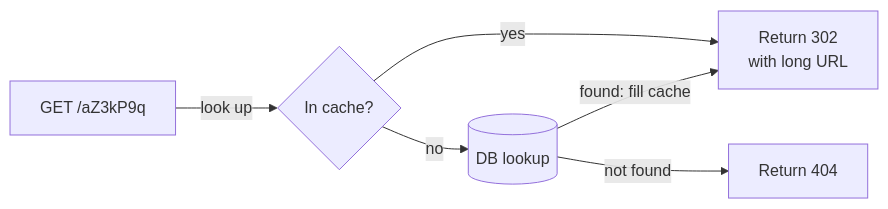
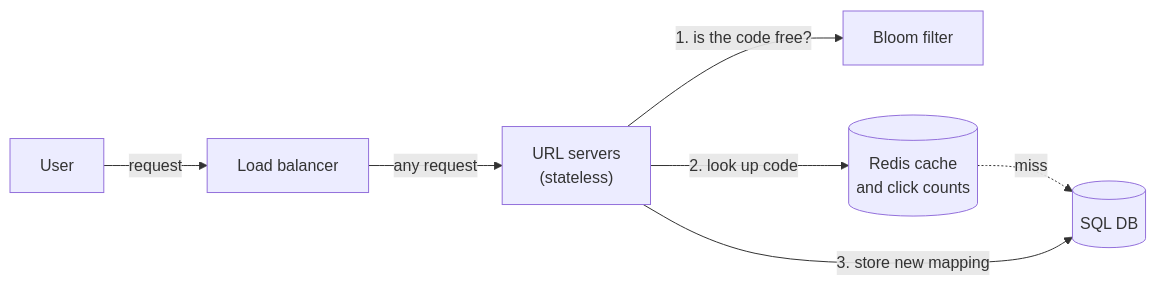
Before and after one commit to aaryan-pradhan/core-cs-fundamentals: the second of 2 diagrams in hld/22-url-shortener.md, drawn with Mermaid. The commit also changed other lines of this file, not shown here.

````diff
--- a/hld/22-url-shortener.md
+++ b/hld/22-url-shortener.md
@@ -78,8 +63,9 @@
 ```mermaid
 flowchart LR
-    G["GET /aZ3kP9q"] -->|"look up"| C{"In cache?"}
-    C -->|"yes"| R["Return 302<br/>with long URL"]
-    C -->|"no"| DB[("DB lookup")]
-    DB -->|"found: fill cache"| R
-    DB -->|"not found"| N["Return 404"]
+    U["User"] -->|"request"| LB["Load balancer"]
+    LB -->|"any request"| US["URL servers<br/>(stateless)"]
+    US -->|"1. is the code free?"| BF["Bloom filter"]
+    US -->|"2. look up code"| C[("Redis cache<br/>and click counts")]
+    C -.->|"miss"| DB[("SQL DB")]
+    US -->|"3. store new mapping"| DB
 ```
````
